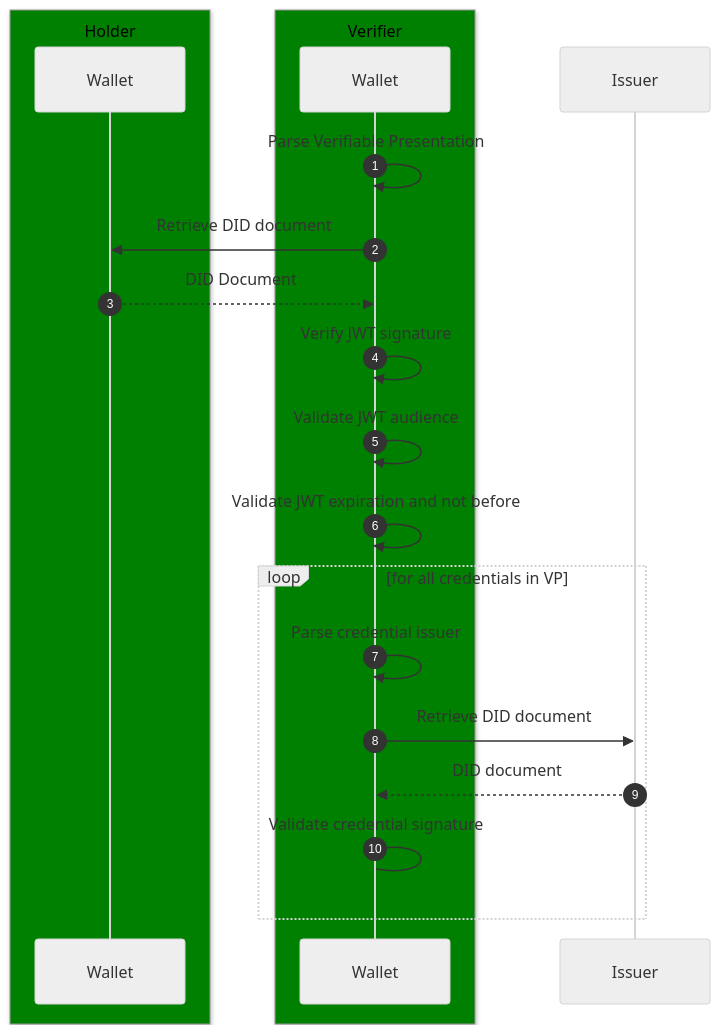
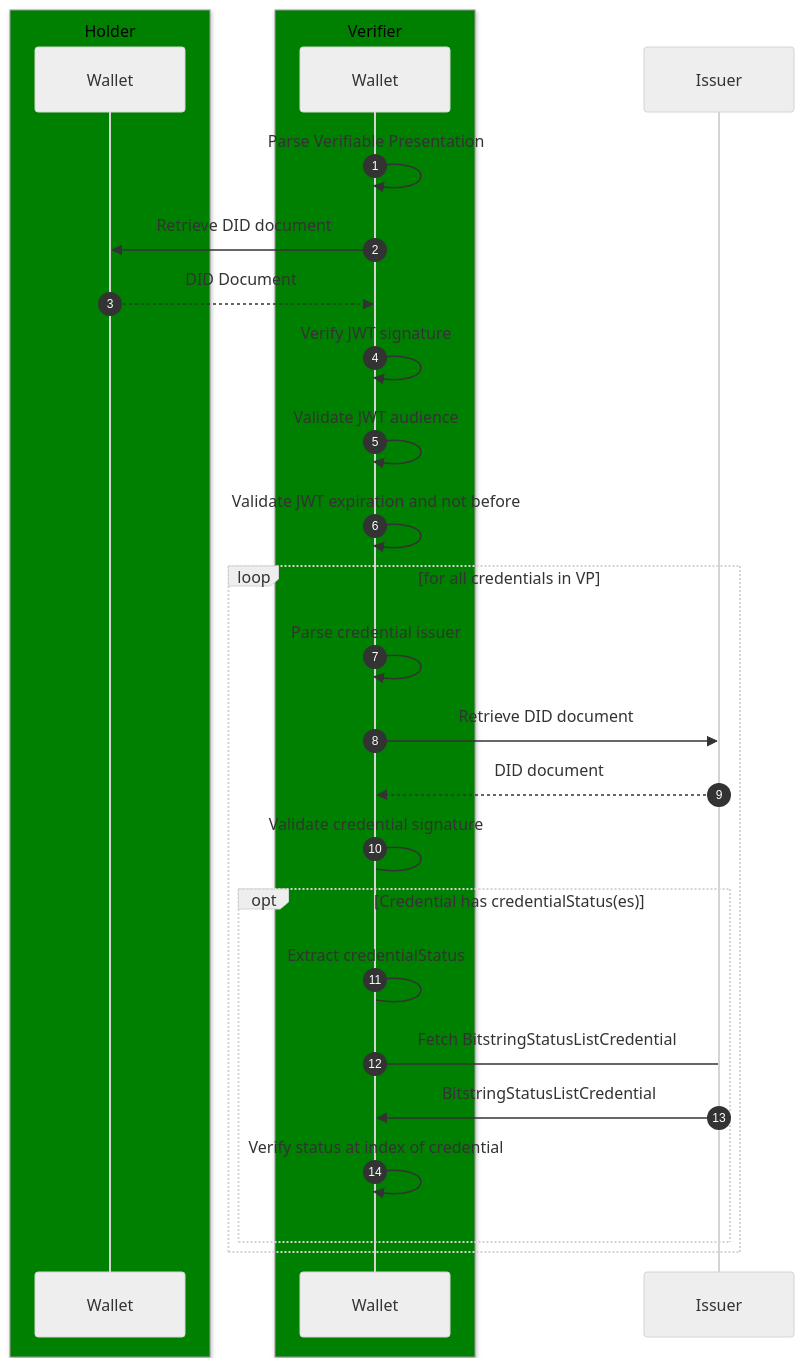
Before and after one commit to ragunath1242001/tsg_semantic_observability-demo: the third of 6 diagrams in website/docs/apps/wallet/architecture/process.md, drawn with Mermaid (neutral theme). The commit also changed other lines of this file and 50 other files, not shown here.

Commit message:
feat: add Bitstring Status List functionality !133

````diff
--- a/website/docs/apps/wallet/architecture/process.md
+++ b/website/docs/apps/wallet/architecture/process.md
@@ -68,29 +68,35 @@
 ```mermaid
 ---
 config:
   sequence:
     showSequenceNumbers: true
 ---
 sequenceDiagram
 
   box Green Holder
     participant hw as Wallet
   end
   box Green Verifier
     participant vw as Wallet
   end
   participant i as Issuer
 
   vw ->> vw: Parse Verifiable Presentation
   vw ->> hw: Retrieve DID document
   hw -->> vw: DID Document
   vw ->> vw: Verify JWT signature
   vw ->> vw: Validate JWT audience
   vw ->> vw: Validate JWT expiration and not before
   loop for all credentials in VP
     vw ->> vw: Parse credential issuer
     vw ->> i: Retrieve DID document
     i -->> vw: DID document
     vw -> vw: Validate credential signature
+    opt Credential has credentialStatus(es)
+      vw -> vw: Extract credentialStatus
+      vw -> i: Fetch BitstringStatusListCredential
+      i ->> vw: BitstringStatusListCredential
+      vw ->> vw: Verify status at index of credential
+    end
   end
 ```
````
